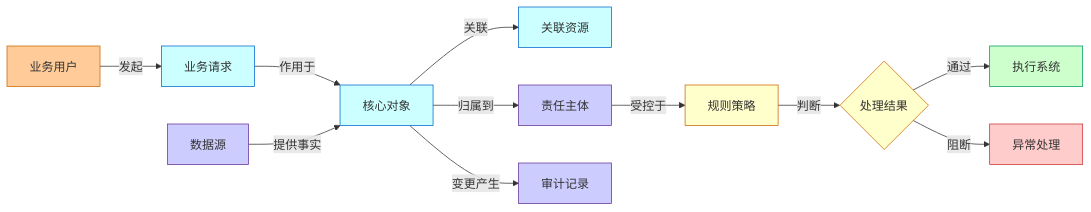
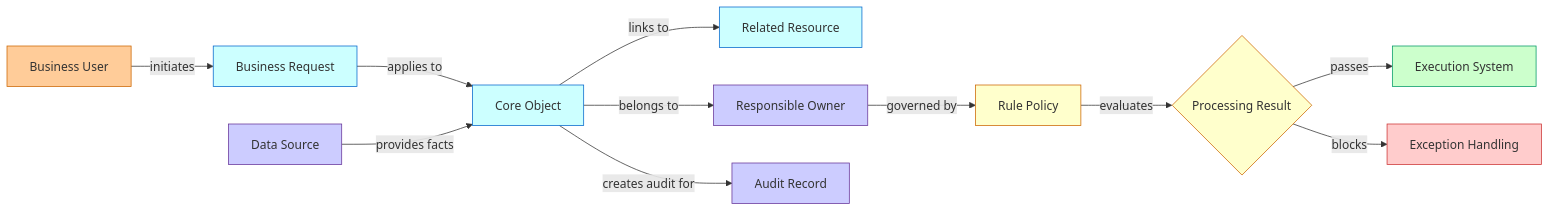
The second of 9 diagrams in references/diagram-patterns.md (xyjunco/junco-skill), drawn with Mermaid before and after one commit. The commit also changed other lines of this file and 6 other files, not shown here.

````diff
--- a/references/diagram-patterns.md
+++ b/references/diagram-patterns.md
@@ -85,29 +108,29 @@
 ```mermaid
 graph LR
-  User["业务用户"] -- "发起" --> Request["业务请求"]
-  Request -- "作用于" --> CoreObject["核心对象"]
-  CoreObject -- "关联" --> Resource["关联资源"]
-  CoreObject -- "归属到" --> Owner["责任主体"]
-  Owner -- "受控于" --> Policy["规则策略"]
-  Policy -- "判断" --> Decision{"处理结果"}
-  Decision -- "通过" --> Runtime["执行系统"]
-  Decision -- "阻断" --> Exception["异常处理"]
-  CoreObject -- "变更产生" --> Audit["审计记录"]
-  DataSource["数据源"] -- "提供事实" --> CoreObject
+  User["Business User"] -- "initiates" --> Request["Business Request"]
+  Request -- "applies to" --> CoreObject["Core Object"]
+  CoreObject -- "links to" --> Resource["Related Resource"]
+  CoreObject -- "belongs to" --> Owner["Responsible Owner"]
+  Owner -- "governed by" --> Policy["Rule Policy"]
+  Policy -- "evaluates" --> Decision{"Processing Result"}
+  Decision -- "passes" --> Runtime["Execution System"]
+  Decision -- "blocks" --> Exception["Exception Handling"]
+  CoreObject -- "creates audit for" --> Audit["Audit Record"]
+  DataSource["Data Source"] -- "provides facts" --> CoreObject
 
   class User actor;
   class Request,CoreObject,Resource core;
   class Owner,DataSource,Audit data;
   class Policy,Decision control;
   class Runtime runtime;
   class Exception risk;
   class Audit data;
 
   classDef actor fill:#FFCC99,stroke:#CC6600,color:#333333;
   classDef core fill:#CCFFFF,stroke:#0066CC,color:#333333;
   classDef runtime fill:#CCFFCC,stroke:#009966,color:#333333;
   classDef control fill:#FFFFCC,stroke:#CC6600,color:#333333;
   classDef data fill:#CCCCFF,stroke:#663399,color:#333333;
   classDef risk fill:#FFCCCC,stroke:#CC3333,color:#333333;
   classDef neutral fill:#FFFFFF,stroke:#999999,color:#333333;
 ```
````
